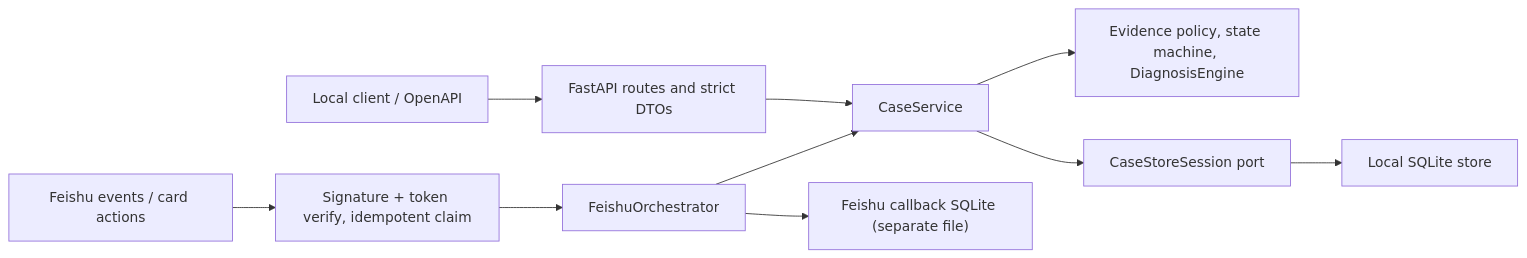
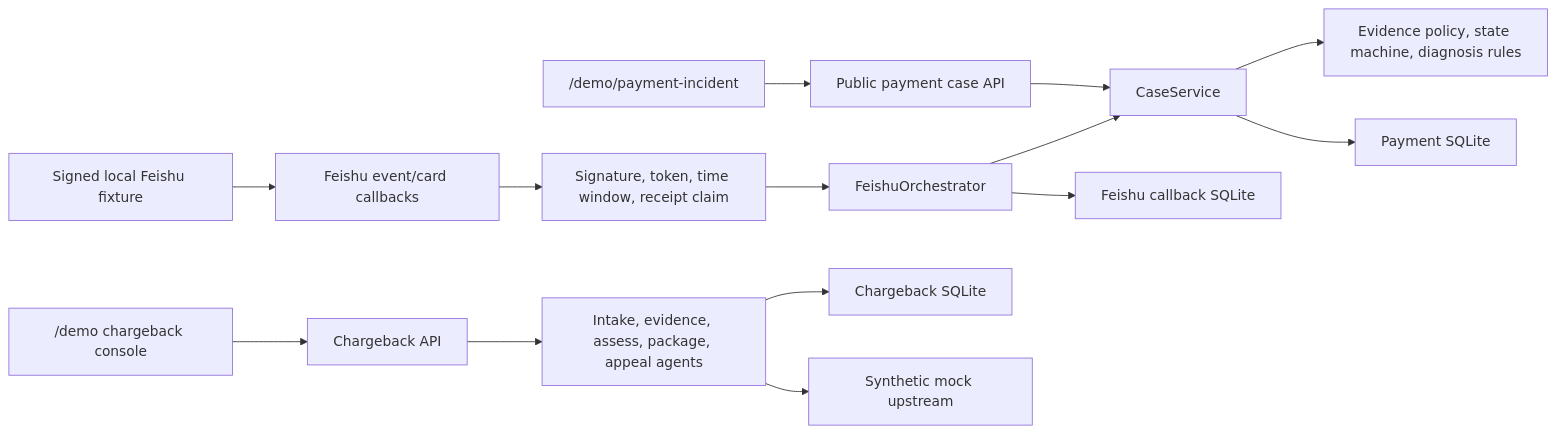
One commit to jiang4wqy/oceanpilot-evidenceos changed the diagram in docs/architecture.md. Above: the diagram before and after it, drawn with Mermaid. The commit also changed other lines of this file and 6 other files, not shown here.

````diff
--- a/docs/architecture.md
+++ b/docs/architecture.md
@@ -9,12 +14,17 @@
 ```mermaid
 flowchart LR
-    Client["Local client / OpenAPI"] --> API["FastAPI routes and strict DTOs"]
-    Feishu["Feishu events / card actions"] --> Verify["Signature + token verify, idempotent claim"]
-    Verify --> Orchestrator["FeishuOrchestrator"]
-    Orchestrator --> Service["CaseService"]
-    API --> Service
-    Service --> Domain["Evidence policy, state machine, DiagnosisEngine"]
-    Service --> Port["CaseStoreSession port"]
-    Port --> SQLite["Local SQLite store"]
-    Orchestrator --> FeishuStore["Feishu callback SQLite (separate file)"]
+    PaymentUI["/demo/payment-incident"] --> CasesAPI["Public payment case API"]
+    SignedFixture["Signed local Feishu fixture"] --> FeishuAPI["Feishu event/card callbacks"]
+    FeishuAPI --> Verify["Signature, token, time window, receipt claim"]
+    Verify --> FeishuFlow["FeishuOrchestrator"]
+    CasesAPI --> CaseService["CaseService"]
+    FeishuFlow --> CaseService
+    CaseService --> PaymentDomain["Evidence policy, state machine, diagnosis rules"]
+    CaseService --> PaymentStore["Payment SQLite"]
+    FeishuFlow --> FeishuStore["Feishu callback SQLite"]
+
+    ChargebackUI["/demo chargeback console"] --> ChargebackAPI["Chargeback API"]
+    ChargebackAPI --> Agents["Intake, evidence, assess, package, appeal agents"]
+    Agents --> ChargebackStore["Chargeback SQLite"]
+    Agents --> MockUpstream["Synthetic mock upstream"]
 ```
````
